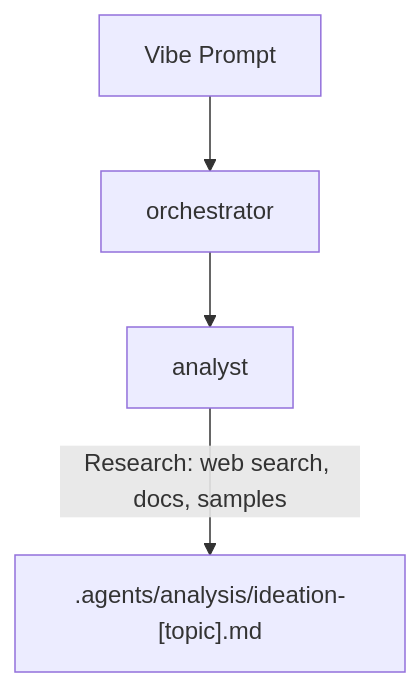
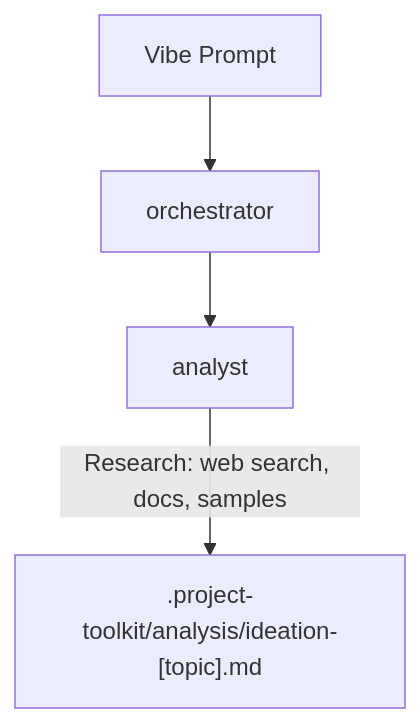
Before and after one commit to rjmurillo/ai-agents: the fourth of 10 diagrams in .agents/AGENT-SYSTEM.md, drawn with Mermaid. The commit also changed other lines of this file and 6192 other files, not shown here.

First line of the commit message:
refactor(5420): move project-toolkit write targets from .agents to .project-toolkit (#5887)

````diff
--- a/.agents/AGENT-SYSTEM.md
+++ b/.agents/AGENT-SYSTEM.md
@@ -968,6 +968,6 @@
 ```mermaid
 flowchart TD
     A[Vibe Prompt] --> B[orchestrator]
     B --> C[analyst]
-    C -->|Research: web search, docs, samples| D[".agents/analysis/ideation-[topic].md"]
+    C -->|Research: web search, docs, samples| D[".project-toolkit/analysis/ideation-[topic].md"]
 ```
````
